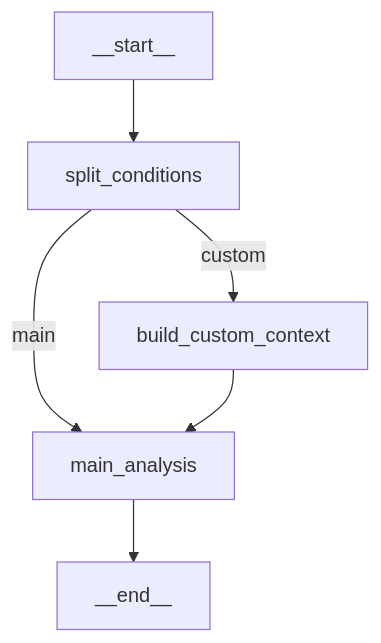
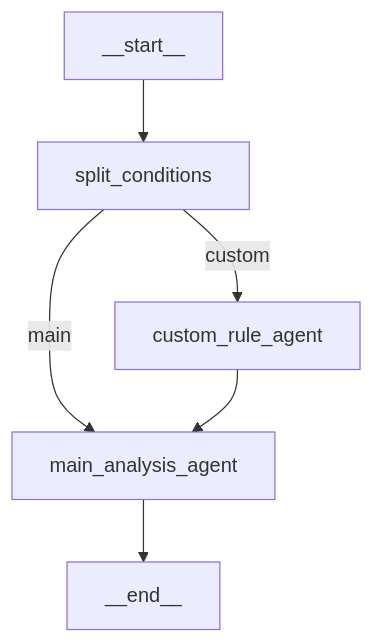
The third of 3 diagrams in design/alert_agent_design.md (PhilPark-geosr/stock-agent), drawn with Mermaid before and after one commit. The commit also changed other lines of this file, not shown here.

Commit message:
docs: show agent nodes in LangGraph design

````diff
--- a/design/alert_agent_design.md
+++ b/design/alert_agent_design.md
@@ -275,8 +277,8 @@
 ```mermaid
 graph TD;
     __start__ --> split_conditions;
-    split_conditions -- custom --> build_custom_context;
-    split_conditions -- main --> main_analysis;
-    build_custom_context --> main_analysis;
-    main_analysis --> __end__;
+    split_conditions -- custom --> custom_rule_agent;
+    split_conditions -- main --> main_analysis_agent;
+    custom_rule_agent --> main_analysis_agent;
+    main_analysis_agent --> __end__;
 ```
````
